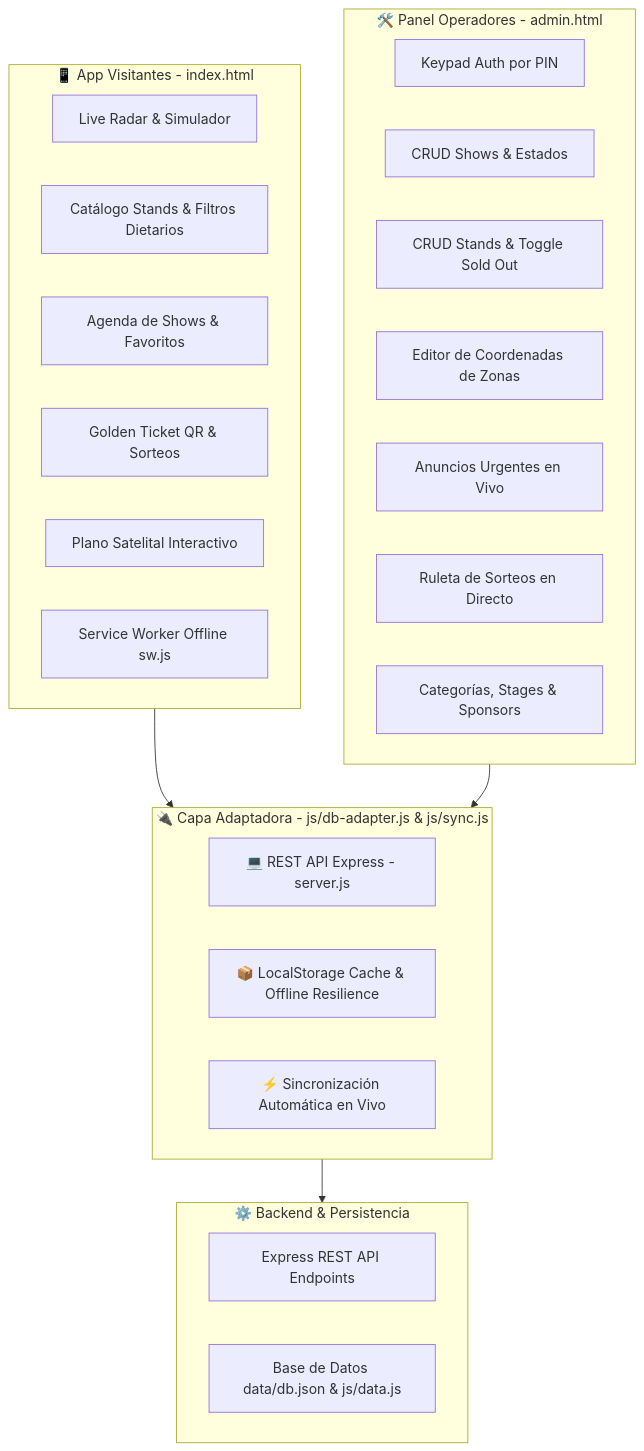
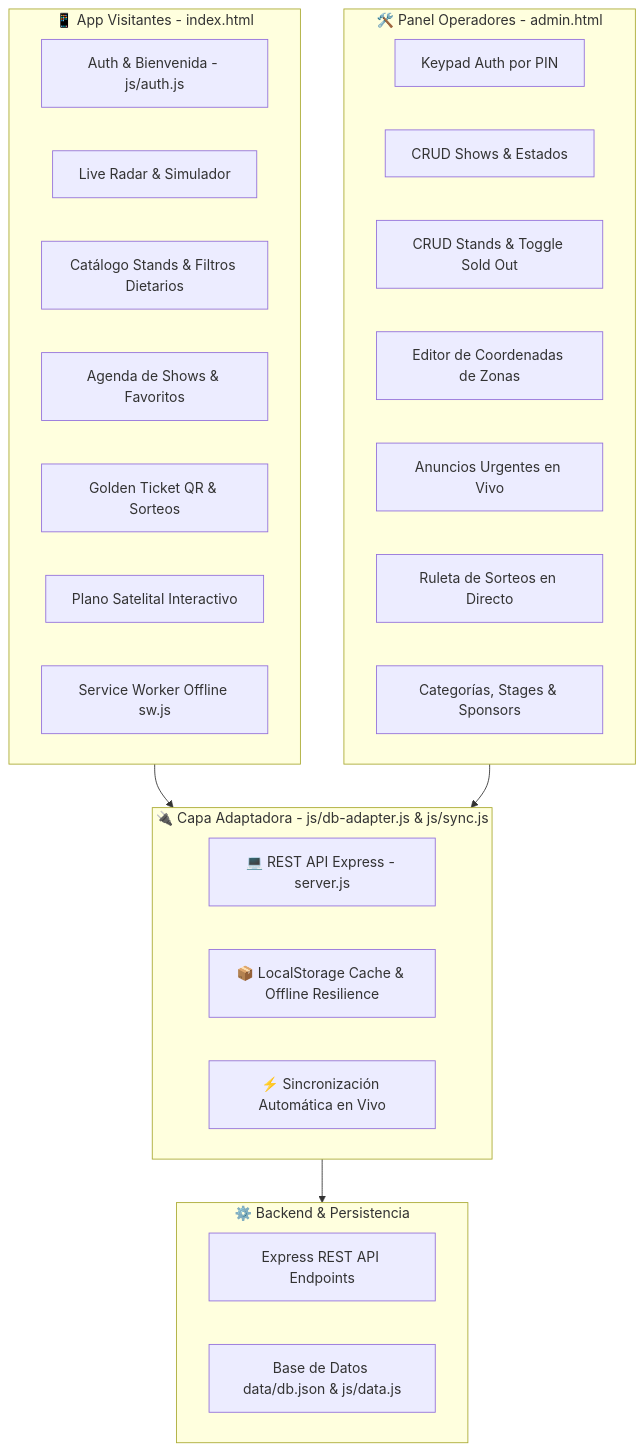
One commit to martinoterosj/ecogastrofest-2026 changed the diagram in PROJECT_CONTEXT.md. Above: the diagram before and after it, drawn with Mermaid. The commit also changed other lines of this file and 8 other files, not shown here.

````diff
--- a/PROJECT_CONTEXT.md
+++ b/PROJECT_CONTEXT.md
@@ -22,36 +22,37 @@
 ```mermaid
 graph TD
     subgraph Frontend_Cliente [📱 App Visitantes - index.html]
+        A0[Auth & Bienvenida - js/auth.js]
         A1[Live Radar & Simulador]
         A2[Catálogo Stands & Filtros Dietarios]
         A3[Agenda de Shows & Favoritos]
         A4[Golden Ticket QR & Sorteos]
         A5[Plano Satelital Interactivo]
         A6[Service Worker Offline sw.js]
     end
 
     subgraph Frontend_Admin [🛠️ Panel Operadores - admin.html]
         B1[Keypad Auth por PIN]
         B2[CRUD Shows & Estados]
         B3[CRUD Stands & Toggle Sold Out]
         B4[Editor de Coordenadas de Zonas]
         B5[Anuncios Urgentes en Vivo]
         B6[Ruleta de Sorteos en Directo]
         B7[Categorías, Stages & Sponsors]
     end
 
     subgraph DB_Adapter [🔌 Capa Adaptadora - js/db-adapter.js & js/sync.js]
         C1[💻 REST API Express - server.js]
         C2[📦 LocalStorage Cache & Offline Resilience]
         C3[⚡ Sincronización Automática en Vivo]
     end
 
     subgraph Backend_Local [⚙️ Backend & Persistencia]
         D1[Express REST API Endpoints]
         D2[Base de Datos data/db.json & js/data.js]
     end
 
     Frontend_Cliente --> DB_Adapter
     Frontend_Admin --> DB_Adapter
     DB_Adapter --> Backend_Local
 ```
````
